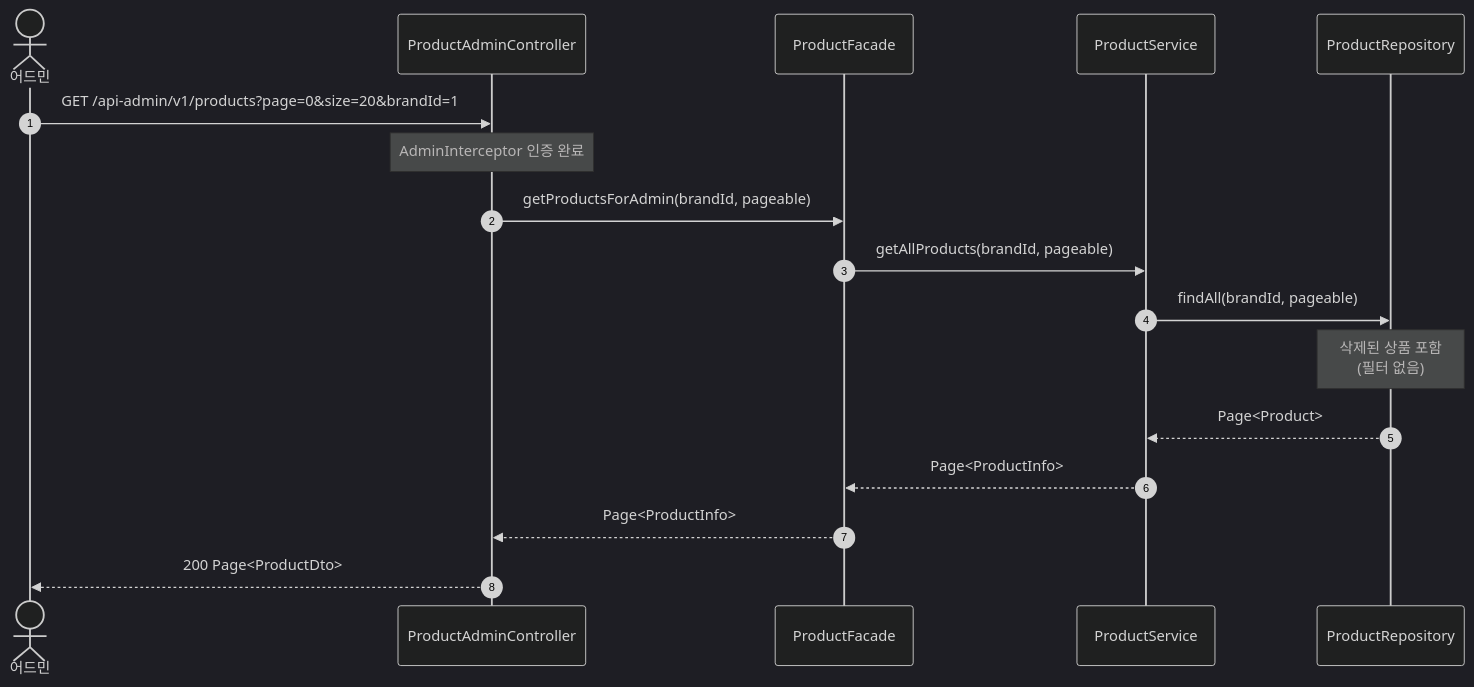
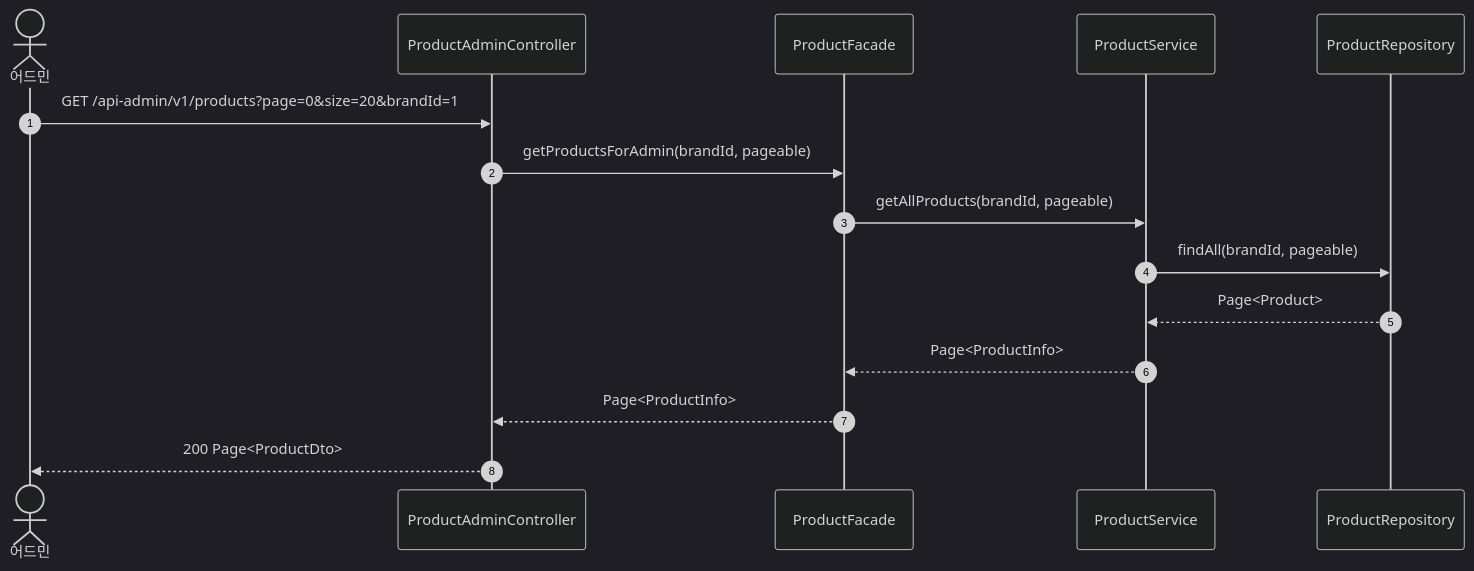
Before and after one commit to Loopers-dev-lab/loop-pack-be-l2-vol3-kotlin: the ninth of 21 diagrams in docs/design/02-sequence-diagrams.md, drawn with Mermaid (dark theme). The commit also changed other lines of this file and 5 other files, not shown here.

````diff
--- a/docs/design/02-sequence-diagrams.md
+++ b/docs/design/02-sequence-diagrams.md
@@ -294,19 +303,17 @@
 ```mermaid
 sequenceDiagram
     autonumber
     actor Admin as 어드민
     participant C as ProductAdminController
     participant F as ProductFacade
     participant PS as ProductService
     participant PR as ProductRepository
     Admin ->> C: GET /api-admin/v1/products?page=0&size=20&brandId=1
-    Note over C: AdminInterceptor 인증 완료
     C ->> F: getProductsForAdmin(brandId, pageable)
     F ->> PS: getAllProducts(brandId, pageable)
     PS ->> PR: findAll(brandId, pageable)
-    Note over PR: 삭제된 상품 포함<br/>(필터 없음)
     PR -->> PS: Page<Product>
     PS -->> F: Page<ProductInfo>
     F -->> C: Page<ProductInfo>
     C -->> Admin: 200 Page<ProductDto>
 ```
````
